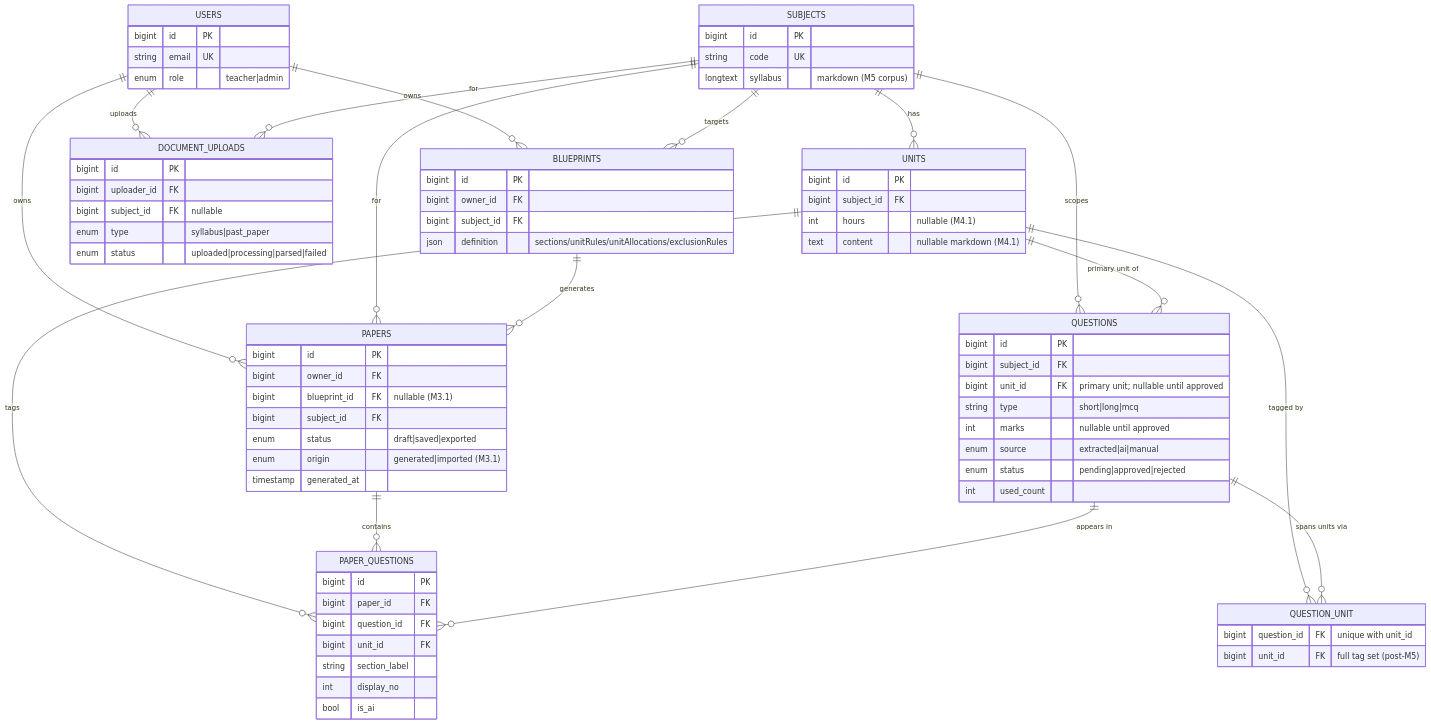
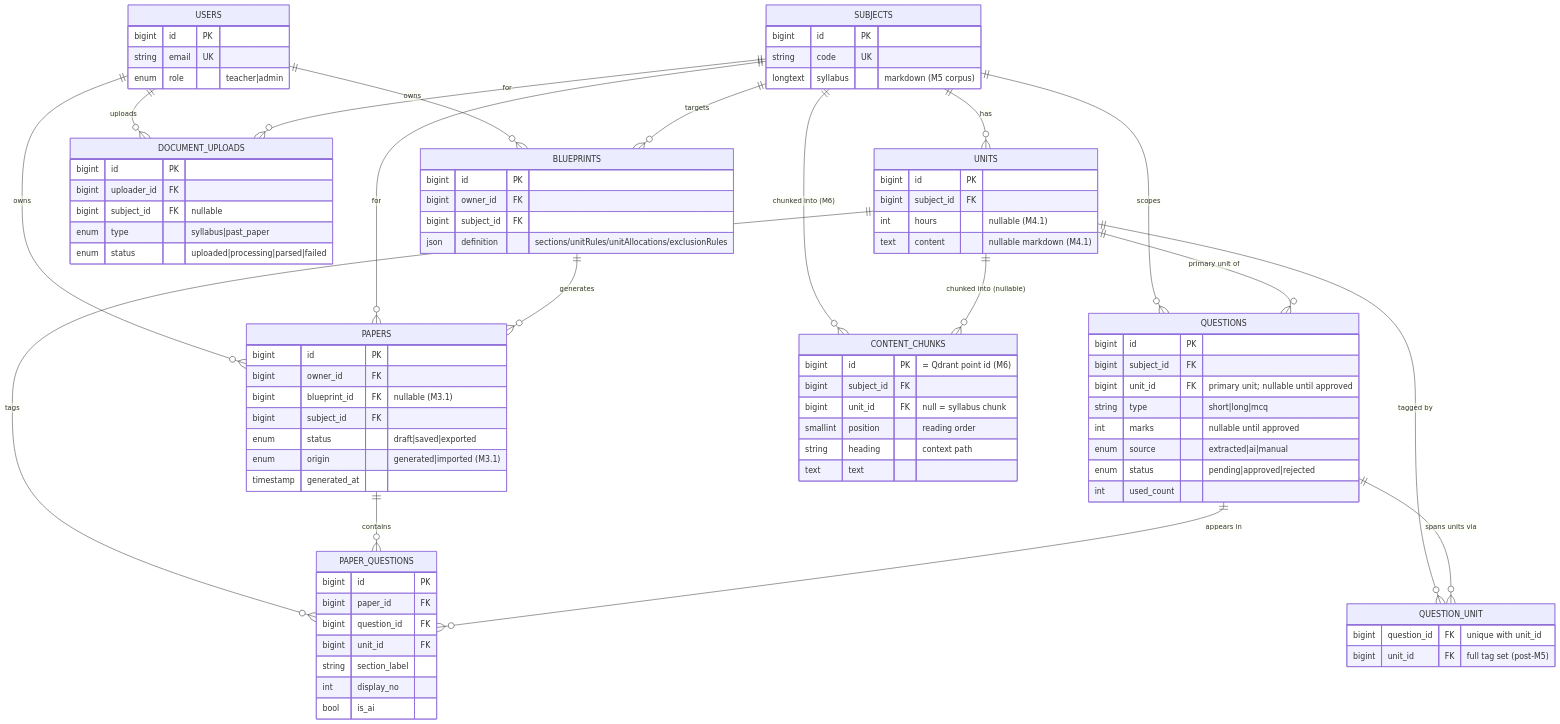
The third of 3 diagrams in docs/VIVA-GUIDE.md (rohitshakyaa/Q-Forge), drawn with Mermaid before and after one commit. The commit also changed other lines of this file and 47 other files, not shown here.

````diff
--- a/docs/VIVA-GUIDE.md
+++ b/docs/VIVA-GUIDE.md
@@ -440,6 +445,8 @@
     UNITS ||--o{ QUESTION_UNIT : "tagged by"
     QUESTIONS ||--o{ QUESTION_UNIT : "spans units via"
     UNITS ||--o{ PAPER_QUESTIONS : tags
+    SUBJECTS ||--o{ CONTENT_CHUNKS : "chunked into (M6)"
+    UNITS ||--o{ CONTENT_CHUNKS : "chunked into (nullable)"
     BLUEPRINTS ||--o{ PAPERS : generates
     PAPERS ||--o{ PAPER_QUESTIONS : contains
     QUESTIONS ||--o{ PAPER_QUESTIONS : "appears in"
@@ -505,4 +512,12 @@
         enum type "syllabus|past_paper"
         enum status "uploaded|processing|parsed|failed"
     }
+    CONTENT_CHUNKS {
+        bigint id PK "= Qdrant point id (M6)"
+        bigint subject_id FK
+        bigint unit_id FK "null = syllabus chunk"
+        smallint position "reading order"
+        string heading "context path"
+        text text
+    }
 ```
````
